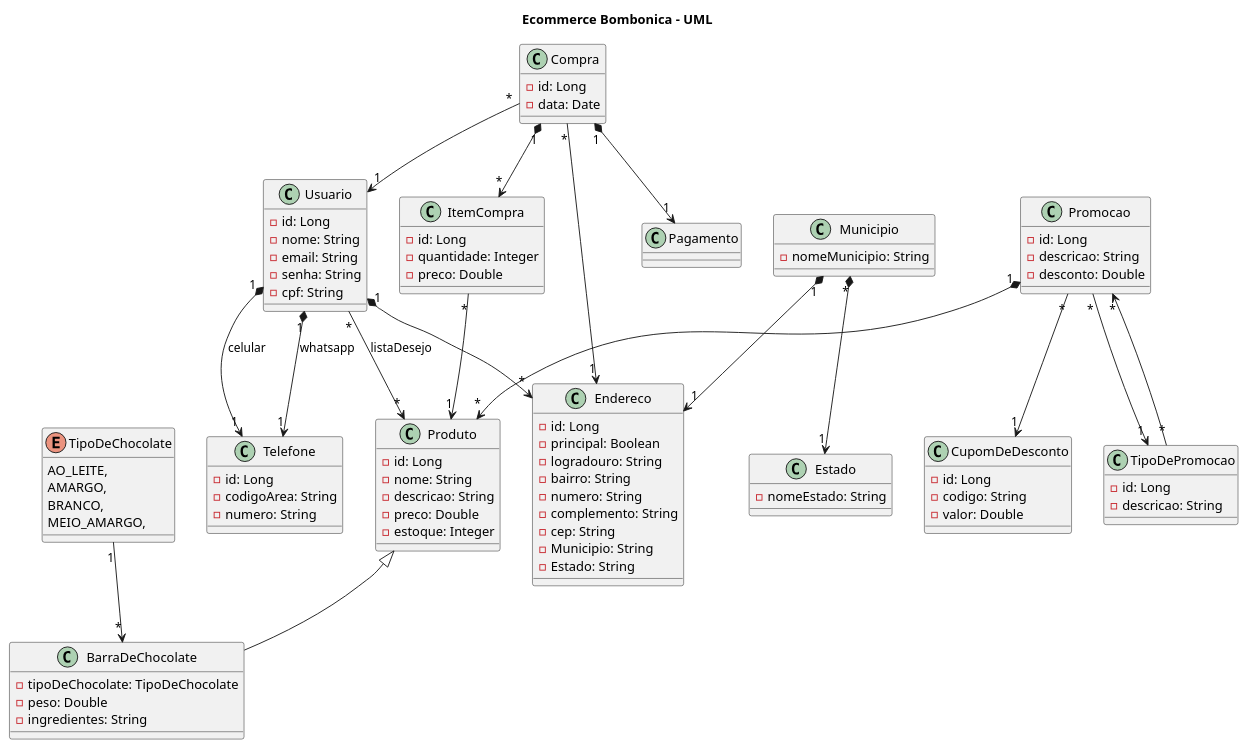
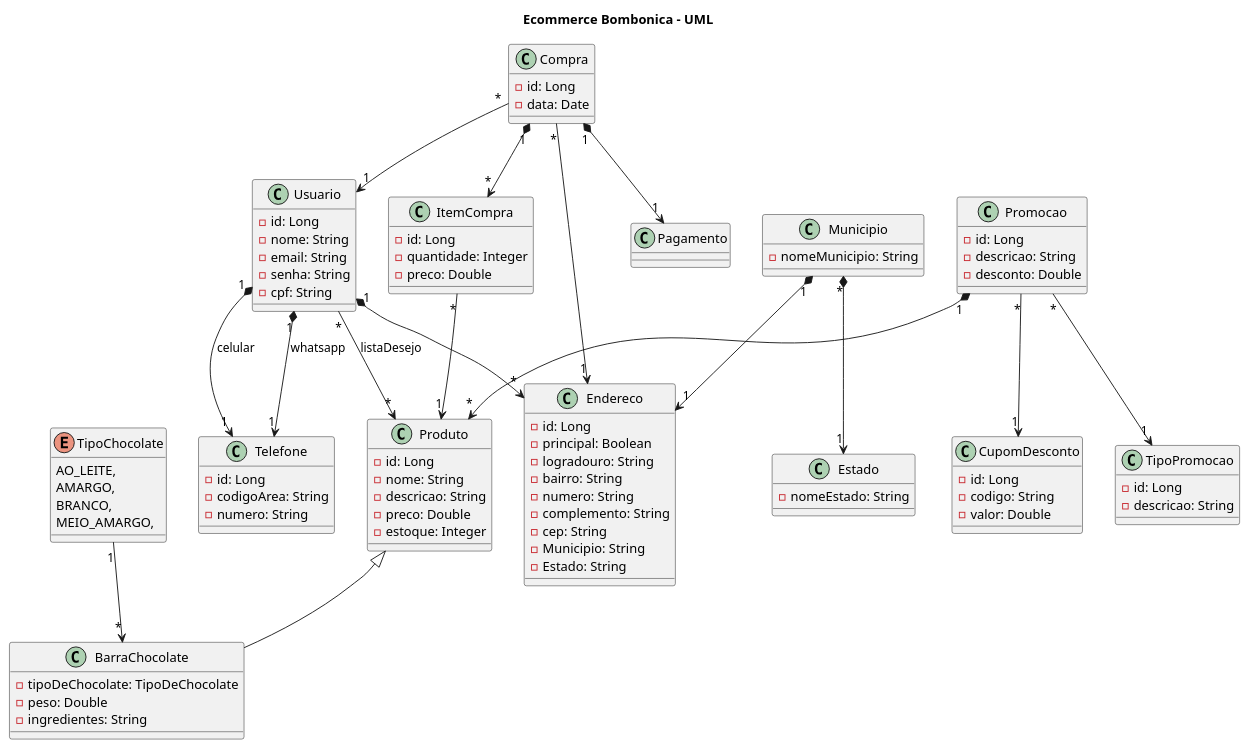
Before and after one commit to muniznicole/EcommerceBombonica: the diagram in Bombonica.plantuml, drawn with PlantUML. The commit also changed 1 other file, not shown here.

```diff
--- a/Bombonica.plantuml
+++ b/Bombonica.plantuml
@@ -1,112 +1,111 @@
 @startuml Bombonica
 
     title Ecommerce Bombonica - UML
 
     class Produto {
         - id: Long
         - nome: String
         - descricao: String
         - preco: Double
         - estoque: Integer
     }
 
-    class BarraDeChocolate {
+    class BarraChocolate {
         - tipoDeChocolate: TipoDeChocolate
         - peso: Double
         - ingredientes: String
     }
 
-    enum TipoDeChocolate {
+    enum TipoChocolate {
         AO_LEITE,
         AMARGO,
         BRANCO,
         MEIO_AMARGO,
     }
 
     class Usuario {
         - id: Long
         - nome: String
         - email: String
         - senha: String
         - cpf: String
     }
 
     class Telefone {
         - id: Long
         - codigoArea: String
         - numero: String
     }
 
     class Compra {
         - id: Long
         - data: Date
     }
 
     class ItemCompra {
         - id: Long
         - quantidade: Integer
         - preco: Double
     }
 
     class Endereco {
         - id: Long
         - principal: Boolean
         - logradouro: String
         - bairro: String
         - numero: String
         - complemento: String
         - cep: String
         - Municipio: String
         - Estado: String 
     }
 
     class Municipio{
         - nomeMunicipio: String
     }
 
     class Estado {
         - nomeEstado: String
     }
 
-    class TipoDePromocao {
+    class TipoPromocao {
         - id: Long
         - descricao: String
     }
 
     class Promocao {
         - id: Long
         - descricao: String
         - desconto: Double
     }
 
-    class CupomDeDesconto {
+    class CupomDesconto {
         - id: Long
         - codigo: String
         - valor: Double
     }
 
-    Produto <|-- BarraDeChocolate
+    Produto <|-- BarraChocolate
 
-    TipoDeChocolate "1" --> "*" BarraDeChocolate
+    TipoChocolate "1" --> "*" BarraChocolate
 
     Usuario "*" --> "*" Produto: listaDesejo
     Usuario "1" *--> "1" Telefone: celular
     Usuario "1" *--> "1" Telefone: whatsapp
     Usuario "1" *--> "*" Endereco
 
     Municipio "1" *--> "1" Endereco  
     Municipio "*" *--> "1" Estado
 
     Compra "1" *--> "*" ItemCompra
     Compra "*" --> "1" Usuario
     Compra "*" --> "1" Endereco
     Compra "1" *--> "1" Pagamento
 
     ItemCompra "*" --> "1" Produto
-
-    TipoDePromocao "*" --> "*" Promocao
+   
     Promocao "1" *--> "*" Produto
-    Promocao "*" --> "1" CupomDeDesconto
-    Promocao "*" --> "1" TipoDePromocao
+    Promocao "*" --> "1" CupomDesconto
+    Promocao "*" --> "1" TipoPromocao
 
 @enduml
```
